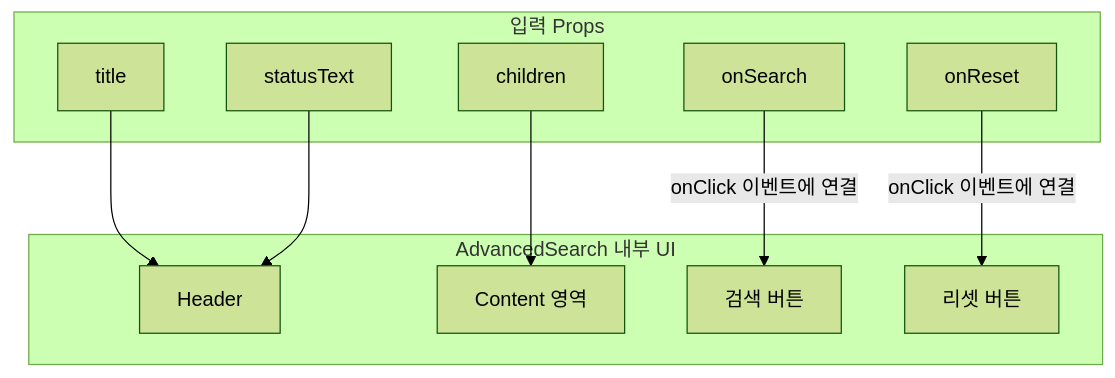
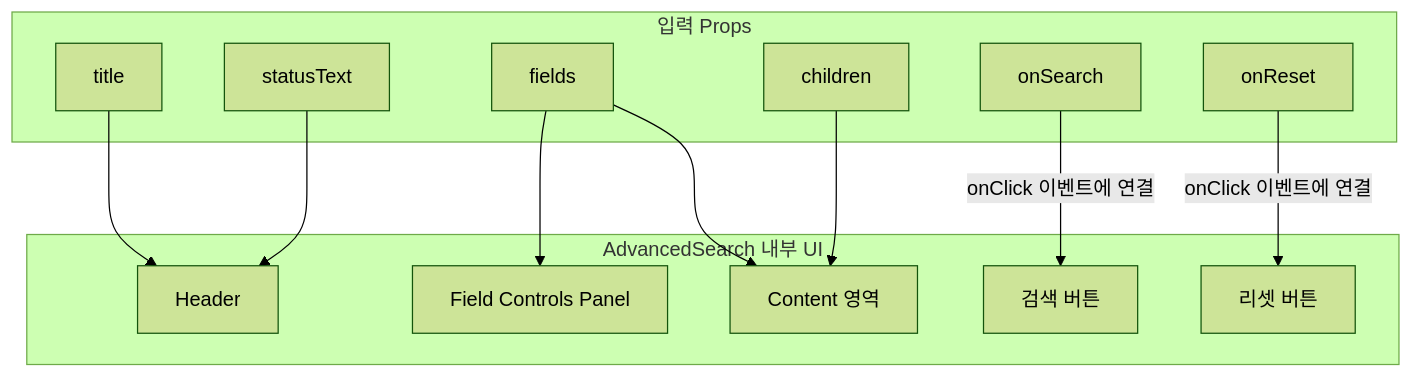
The sixth of 6 diagrams in src/components/ui/ui-input/advanced-search/advanced-search.dev.md (webcodur/next-temp), drawn with Mermaid (forest theme) before and after one commit. The commit also changed other lines of this file and 16 other files, not shown here.

````diff
--- a/src/components/ui/ui-input/advanced-search/advanced-search.dev.md
+++ b/src/components/ui/ui-input/advanced-search/advanced-search.dev.md
@@ -69,23 +189,27 @@
 ```mermaid
 graph TD
     subgraph "입력 Props"
         P_Title[title]
         P_Status[statusText]
+        P_Fields[fields]
         P_Children[children]
         P_onSearch[onSearch]
         P_onReset[onReset]
     end
 
     subgraph "AdvancedSearch 내부 UI"
         UI_Header[Header]
+        UI_Controls[Field Controls Panel]
         UI_Content[Content 영역]
         UI_SearchBtn[검색 버튼]
         UI_ResetBtn[리셋 버튼]
     end
 
     P_Title --> UI_Header
     P_Status --> UI_Header
+    P_Fields --> UI_Controls
+    P_Fields --> UI_Content
     P_Children --> UI_Content
     P_onSearch -- "onClick 이벤트에 연결" --> UI_SearchBtn
     P_onReset -- "onClick 이벤트에 연결" --> UI_ResetBtn
 ```
````
